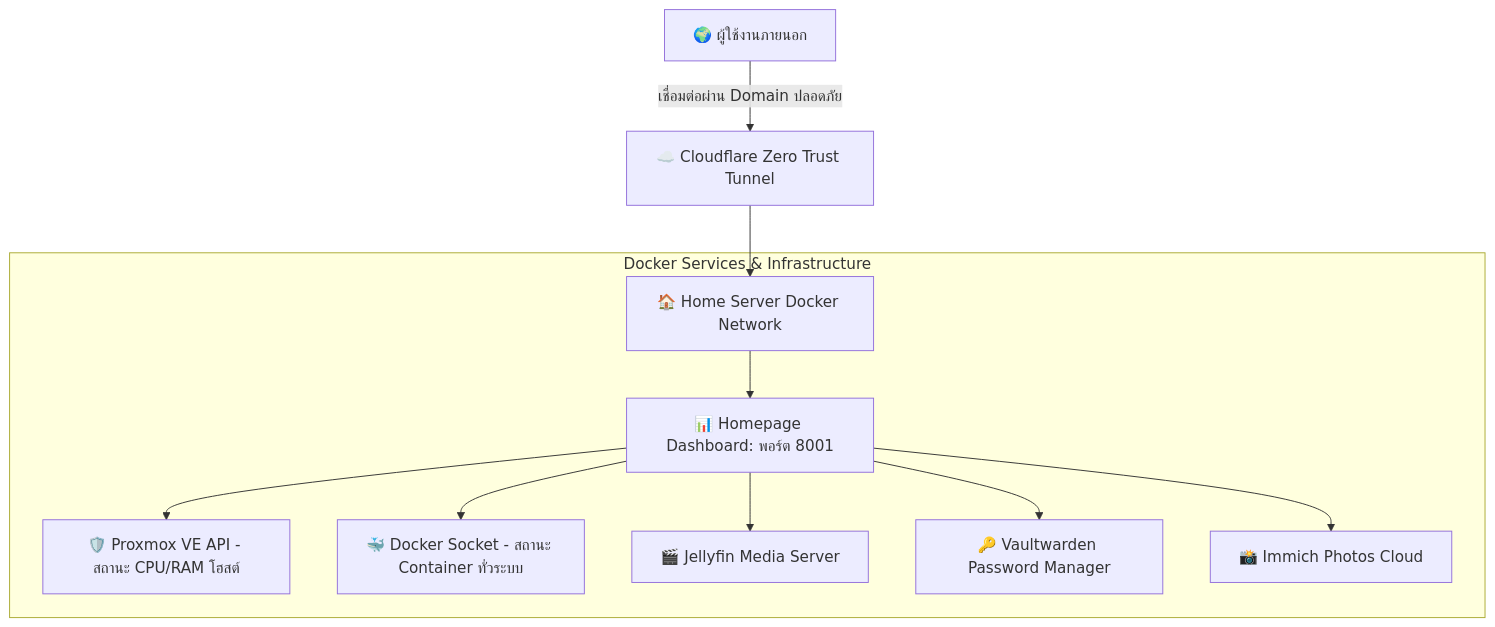
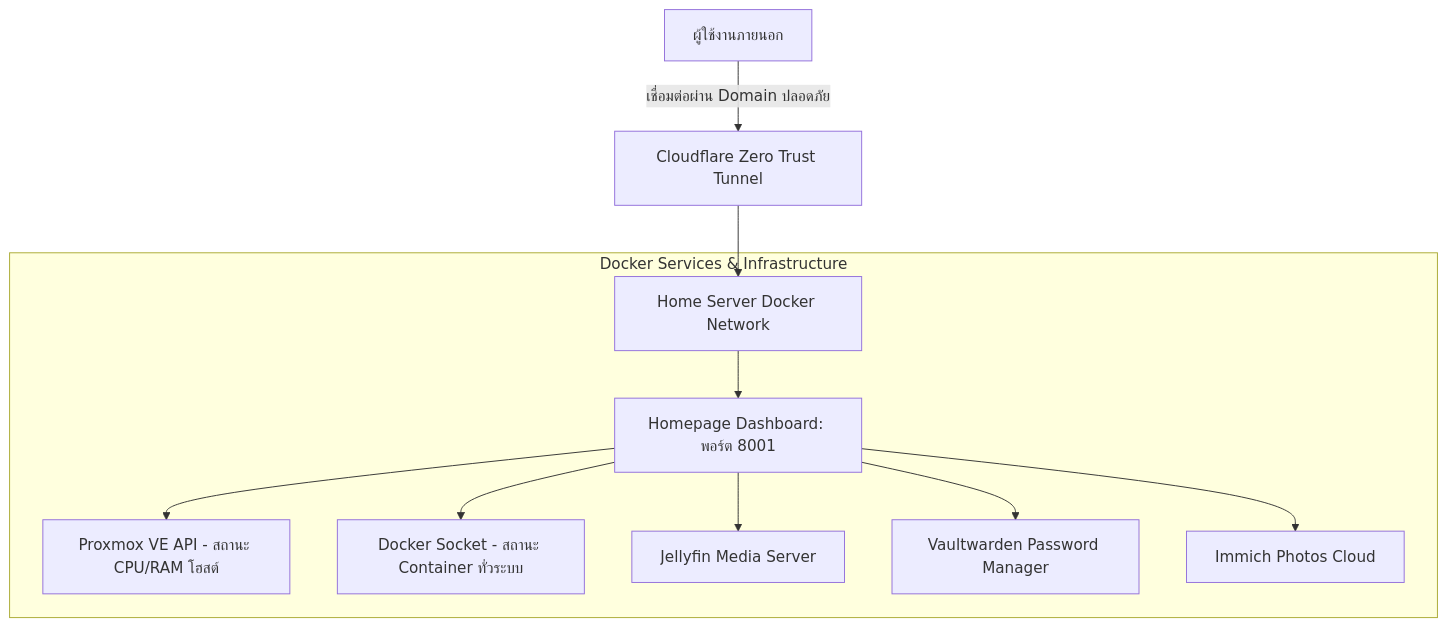
One commit to FANG9356/MyProject changed the ninth of 9 diagrams in README.md. Above: the diagram before and after it, drawn with Mermaid. The commit also changed other lines of this file and 47 other files, not shown here.

````diff
--- a/README.md
+++ b/README.md
@@ -408,13 +408,13 @@
 ```mermaid
 flowchart TD
-    A[🌍 ผู้ใช้งานภายนอก] -->|เชื่อมต่อผ่าน Domain ปลอดภัย| B[☁️ Cloudflare Zero Trust Tunnel]
-    B --> C[🏠 Home Server Docker Network]
-    subgraph Container_Stack [Docker Services & Infrastructure]
-        C --> D[📊 Homepage Dashboard: พอร์ต 8001]
-        D --> E[🛡️ Proxmox VE API - สถานะ CPU/RAM โฮสต์]
-        D --> F[🐳 Docker Socket - สถานะ Container ทั่วระบบ]
-        D --> G[🎬 Jellyfin Media Server]
-        D --> H[🔑 Vaultwarden Password Manager]
-        D --> I[📸 Immich Photos Cloud]
-    end
+ A[ผู้ใช้งานภายนอก] -->|เชื่อมต่อผ่าน Domain ปลอดภัย| B[Cloudflare Zero Trust Tunnel]
+ B --> C[Home Server Docker Network]
+ subgraph Container_Stack [Docker Services & Infrastructure]
+ C --> D[Homepage Dashboard: พอร์ต 8001]
+ D --> E[Proxmox VE API - สถานะ CPU/RAM โฮสต์]
+ D --> F[Docker Socket - สถานะ Container ทั่วระบบ]
+ D --> G[Jellyfin Media Server]
+ D --> H[Vaultwarden Password Manager]
+ D --> I[Immich Photos Cloud]
+ end
 ```
````
